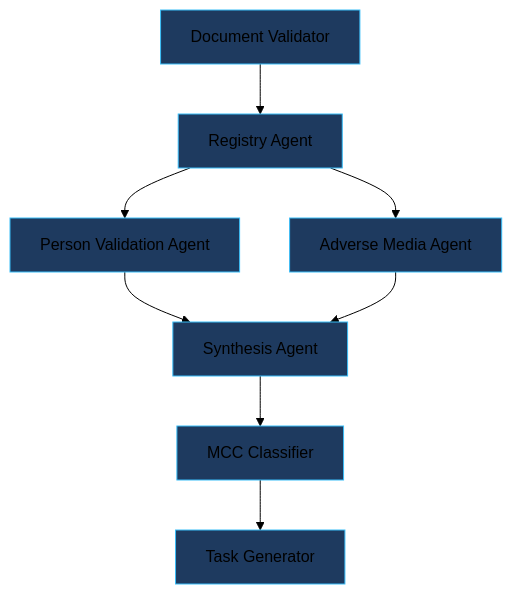
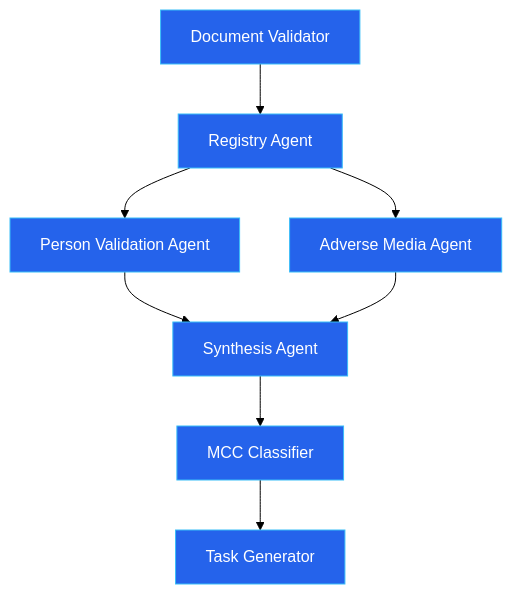
The first of 2 diagrams in docs/architecture/osint-pipeline.md (Tsunami-max/trust-relay-docs), drawn with Mermaid (forest theme) before and after one commit. The commit also changed other lines of this file and 24 other files, not shown here.

````diff
--- a/docs/architecture/osint-pipeline.md
+++ b/docs/architecture/osint-pipeline.md
@@ -12,18 +12,18 @@
 ```mermaid
 graph TD
     DV[Document Validator] --> R[Registry Agent]
     R --> PV[Person Validation Agent]
     R --> AM[Adverse Media Agent]
     PV --> S[Synthesis Agent]
     AM --> S
     S --> MCC[MCC Classifier]
     MCC --> TG[Task Generator]
 
-    style DV fill:#1e3a5f,stroke:#38bdf8
-    style R fill:#1e3a5f,stroke:#38bdf8
-    style PV fill:#1e3a5f,stroke:#38bdf8
-    style AM fill:#1e3a5f,stroke:#38bdf8
-    style S fill:#1e3a5f,stroke:#38bdf8
-    style MCC fill:#1e3a5f,stroke:#38bdf8
-    style TG fill:#1e3a5f,stroke:#38bdf8
+    style DV fill:#2563eb,stroke:#38bdf8,color:#fff
+    style R fill:#2563eb,stroke:#38bdf8,color:#fff
+    style PV fill:#2563eb,stroke:#38bdf8,color:#fff
+    style AM fill:#2563eb,stroke:#38bdf8,color:#fff
+    style S fill:#2563eb,stroke:#38bdf8,color:#fff
+    style MCC fill:#2563eb,stroke:#38bdf8,color:#fff
+    style TG fill:#2563eb,stroke:#38bdf8,color:#fff
 ```
````
